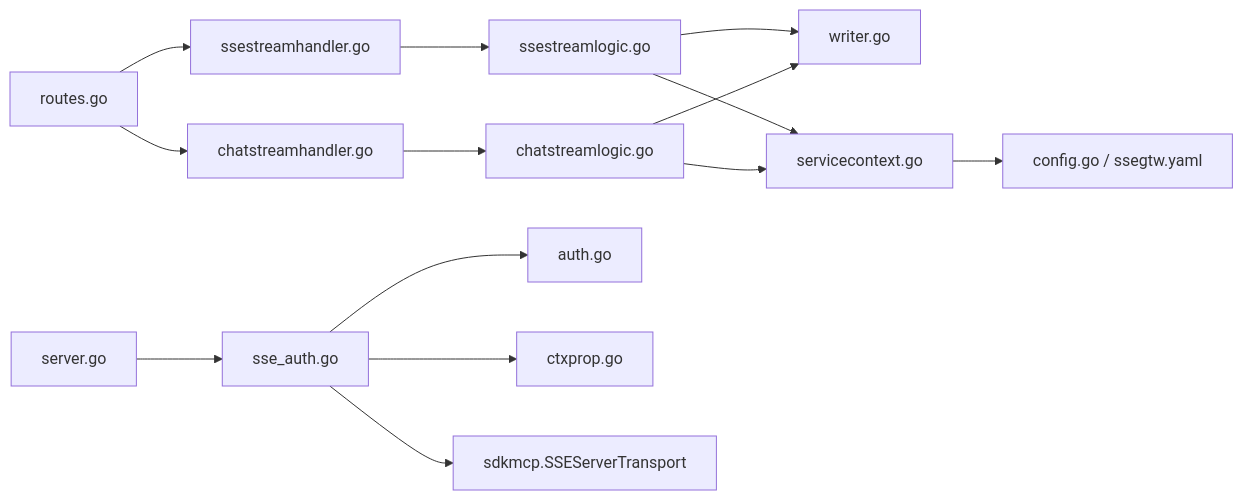
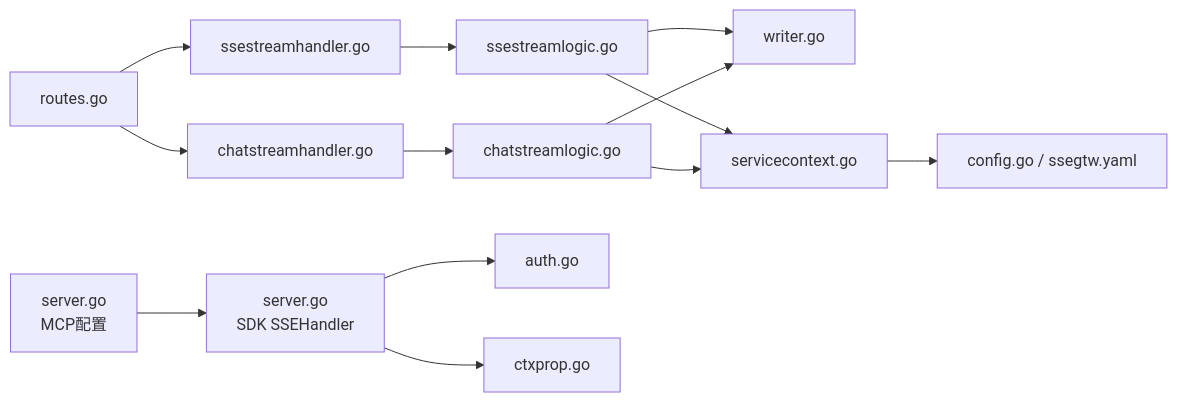
One commit to maomao94/zero-service changed the ninth of 9 diagrams in .qoder/repowiki/zh/content/实时通信模块/Server-Sent Events流式传输.md. Above: the diagram before and after it, drawn with Mermaid. The commit also changed other lines of this file and 11 other files, not shown here.

````diff
--- a/.qoder/repowiki/zh/content/实时通信模块/Server-Sent Events流式传输.md
+++ b/.qoder/repowiki/zh/content/实时通信模块/Server-Sent Events流式传输.md
@@ -492,16 +423,15 @@
 ```mermaid
 graph LR
 Routes["routes.go"] --> SSEHandler["ssestreamhandler.go"]
 Routes --> ChatHandler["chatstreamhandler.go"]
 SSEHandler --> SSLogic["ssestreamlogic.go"]
 ChatHandler --> ChatLogic["chatstreamlogic.go"]
 SSLogic --> Writer["writer.go"]
 ChatLogic --> Writer
 SSLogic --> Ctx["servicecontext.go"]
 ChatLogic --> Ctx
 Ctx --> Config["config.go / ssegtw.yaml"]
-AuthHandler["sse_auth.go"] --> AuthVerifier["auth.go"]
-AuthHandler --> CtxProp["ctxprop.go"]
-AuthHandler --> SSETransport["sdkmcp.SSEServerTransport"]
-MCPConfig["server.go"] --> AuthHandler
+SDKHandler["server.go<br/>SDK SSEHandler"] --> AuthVerifier["auth.go"]
+SDKHandler --> CtxProp["ctxprop.go"]
+MCPConfig["server.go<br/>MCP配置"] --> SDKHandler
 ```
````
